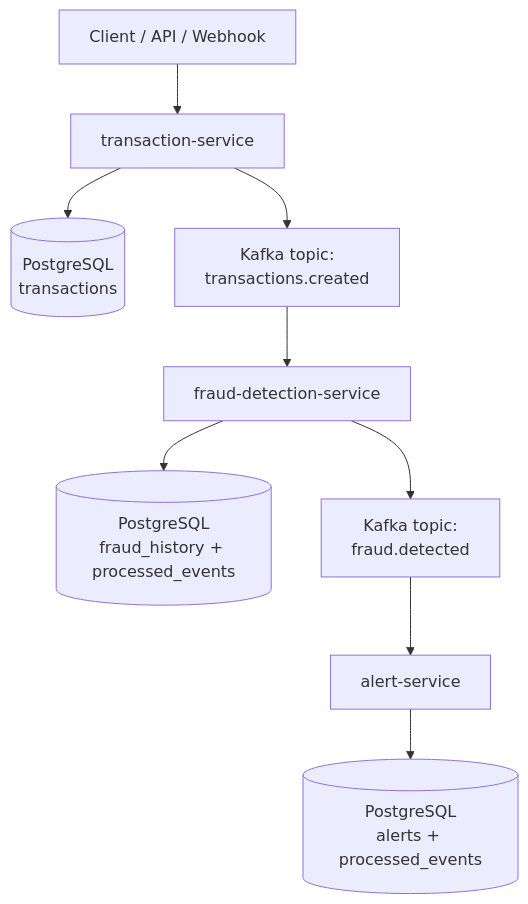
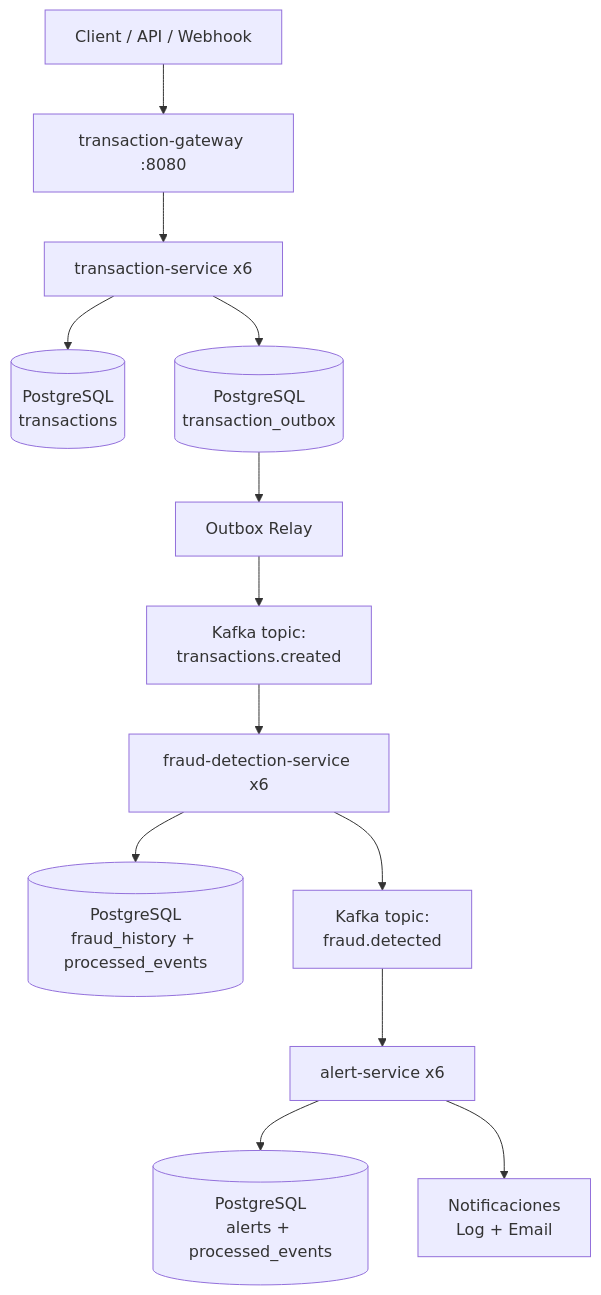
Before and after one commit to ElliotLuque/event-driven-fraud-detection: the diagram in README.md, drawn with Mermaid. The commit also changed other lines of this file and 2 other files, not shown here.

````diff
--- a/README.md
+++ b/README.md
@@ -7,16 +7,18 @@
 ```mermaid
 flowchart TD
-    A[Client / API / Webhook] --> B[transaction-service]
+    A[Client / API / Webhook] --> A1[transaction-gateway :8080]
+    A1 --> B[transaction-service x6]
 
     B --> C[(PostgreSQL<br/>transactions)]
-    B --> D[Kafka topic:<br/>transactions.created]
+    B --> C1[(PostgreSQL<br/>transaction_outbox)]
+    C1 --> D[Outbox Relay]
+    D --> E[Kafka topic:<br/>transactions.created]
 
-    D --> E[fraud-detection-service]
+    E --> F[fraud-detection-service x6]
+    F --> G[(PostgreSQL<br/>fraud_history + processed_events)]
+    F --> H[Kafka topic:<br/>fraud.detected]
 
-    E --> F[(PostgreSQL<br/>fraud_history + processed_events)]
-    E --> G[Kafka topic:<br/>fraud.detected]
-
-    G --> H[alert-service]
-
-    H --> I[(PostgreSQL<br/>alerts + processed_events)]
+    H --> I[alert-service x6]
+    I --> J[(PostgreSQL<br/>alerts + processed_events)]
+    I --> K[Notificaciones<br/>Log + Email]
 ```
````
